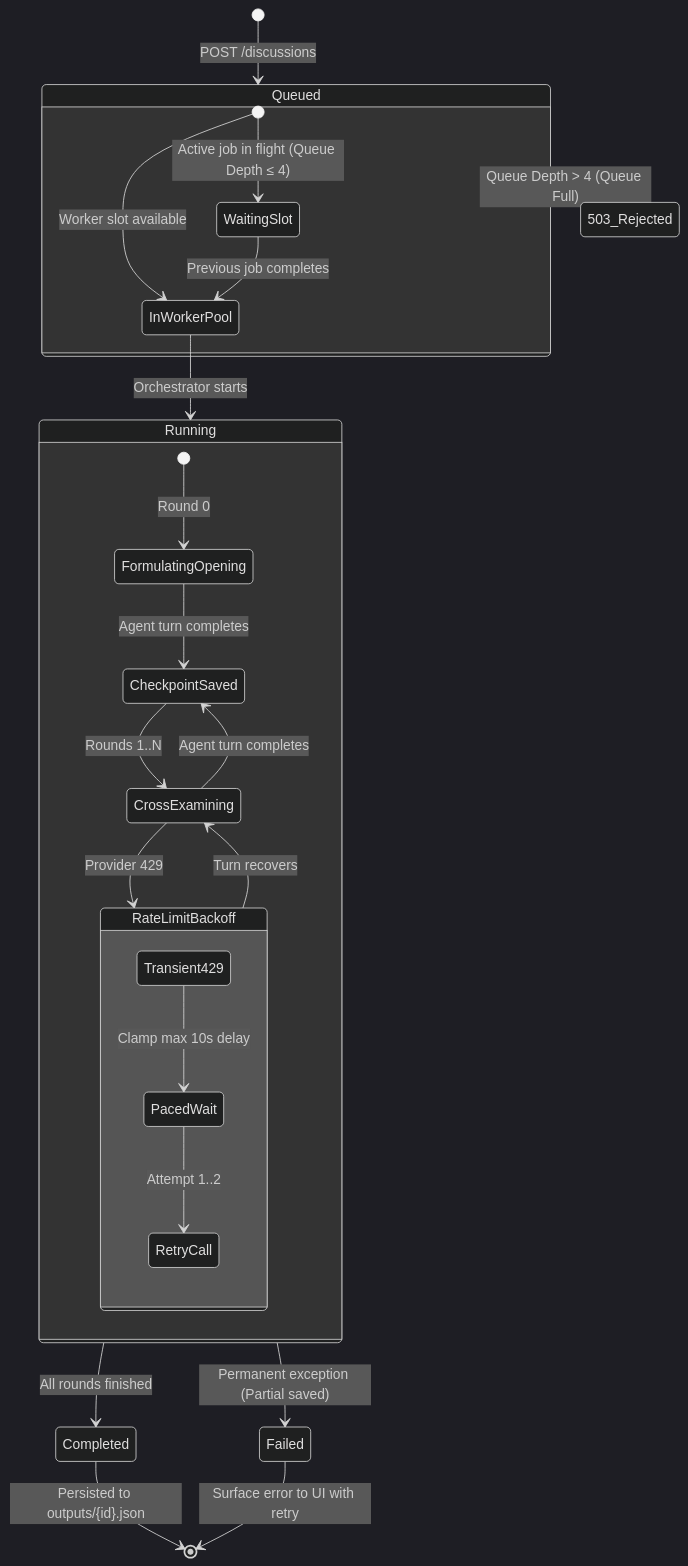
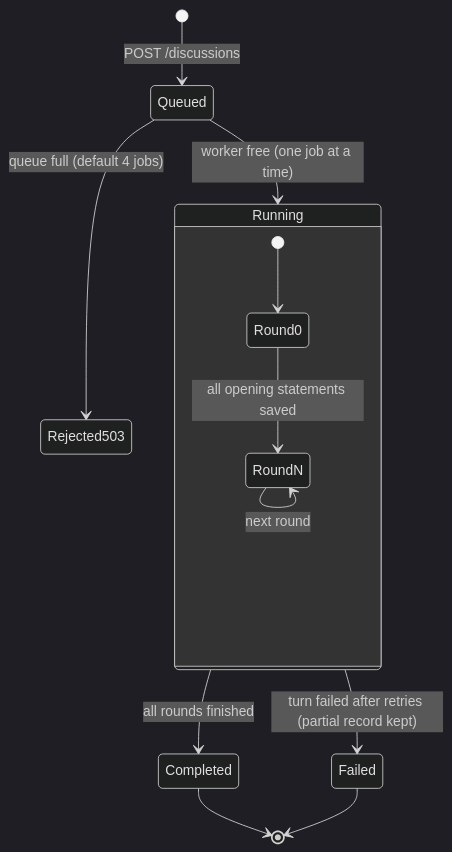
One commit to Moataz-hindy/Football-Analysis-RAG changed the third of 3 diagrams in README.md. Above: the diagram before and after it, drawn with Mermaid (dark theme). The commit also changed other lines of this file and 62 other files, not shown here.

````diff
--- a/README.md
+++ b/README.md
@@ -208,35 +133,15 @@
 ```mermaid
 stateDiagram-v2
     [*] --> Queued : POST /discussions
-    
-    state Queued {
-        [*] --> InWorkerPool : Worker slot available
-        [*] --> WaitingSlot : Active job in flight (Queue Depth ≤ 4)
+    Queued --> Rejected503 : queue full (default 4 jobs)
+    Queued --> Running : worker free (one job at a time)
+    state Running {
+        [*] --> Round0
+        Round0 --> RoundN : all opening statements saved
+        RoundN --> RoundN : next round
     }
-
-    WaitingSlot --> InWorkerPool : Previous job completes
-    Queued --> 503_Rejected : Queue Depth > 4 (Queue Full)
-
-    InWorkerPool --> Running : Orchestrator starts
-    
-    state Running {
-        [*] --> FormulatingOpening : Round 0
-        FormulatingOpening --> CheckpointSaved : Agent turn completes
-        CheckpointSaved --> CrossExamining : Rounds 1..N
-        CrossExamining --> CheckpointSaved : Agent turn completes
-        
-        state RateLimitBackoff {
-            Transient429 --> PacedWait : Clamp max 10s delay
-            PacedWait --> RetryCall : Attempt 1..2
-        }
-        
-        CrossExamining --> RateLimitBackoff : Provider 429
-        RateLimitBackoff --> CrossExamining : Turn recovers
-    }
-
-    Running --> Completed : All rounds finished
-    Running --> Failed : Permanent exception (Partial saved)
-
-    Completed --> [*] : Persisted to outputs/{id}.json
-    Failed --> [*] : Surface error to UI with retry
+    Running --> Completed : all rounds finished
+    Running --> Failed : turn failed after retries (partial record kept)
+    Completed --> [*]
+    Failed --> [*]
 ```
````
